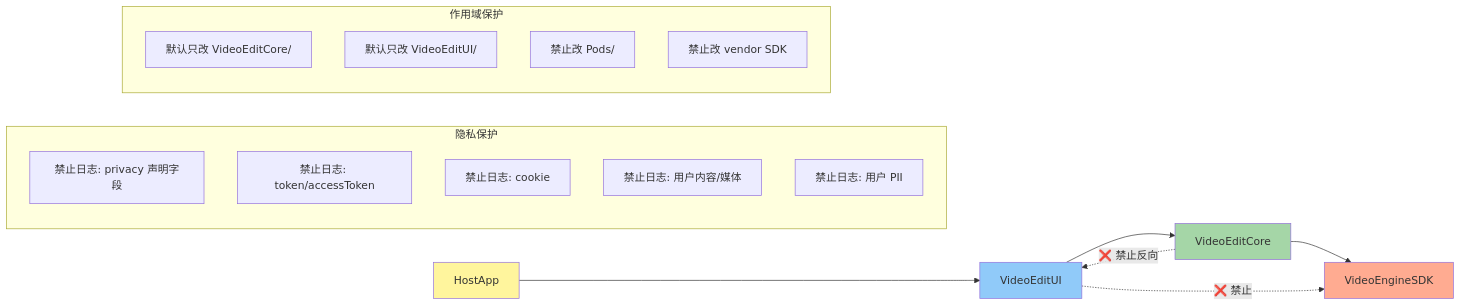
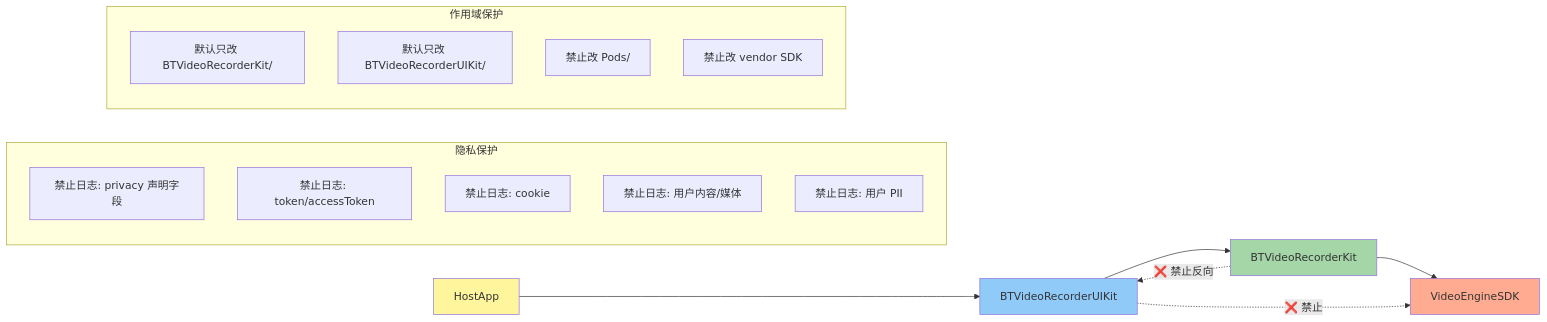
Before and after one commit to YuXilong-Labs/Agents: the eighth of 10 diagrams in wk-video-dev/docs/architecture.md, drawn with Mermaid. The commit also changed other lines of this file and 46 other files, not shown here.

First line of the commit message:
refactor(wk-video-dev): 采用真实 pod 名 BTVideoRecorderKit/UIKit + 领域改为视频录制

````diff
--- a/wk-video-dev/docs/architecture.md
+++ b/wk-video-dev/docs/architecture.md
@@ -397,29 +397,29 @@
 ```mermaid
 graph LR
-  APP[HostApp] --> MOD[VideoEditUI]
-  MOD --> SVC[VideoEditCore]
+  APP[HostApp] --> MOD[BTVideoRecorderUIKit]
+  MOD --> SVC[BTVideoRecorderKit]
   SVC --> SDK[VideoEngineSDK]
 
   MOD -. ❌ 禁止 .-> SDK
   SVC -. ❌ 禁止反向 .-> MOD
 
   subgraph 隐私["隐私保护"]
     P1[禁止日志: privacy 声明字段]
     P2[禁止日志: token/accessToken]
     P3[禁止日志: cookie]
     P4[禁止日志: 用户内容/媒体]
     P5[禁止日志: 用户 PII]
   end
 
   subgraph 作用域["作用域保护"]
-    R1[默认只改 VideoEditCore/]
-    R2[默认只改 VideoEditUI/]
+    R1[默认只改 BTVideoRecorderKit/]
+    R2[默认只改 BTVideoRecorderUIKit/]
     R3[禁止改 Pods/]
     R4[禁止改 vendor SDK]
   end
 
   style SDK fill:#ffab91
   style MOD fill:#90caf9
   style SVC fill:#a5d6a7
   style APP fill:#fff59d
 ```
````
